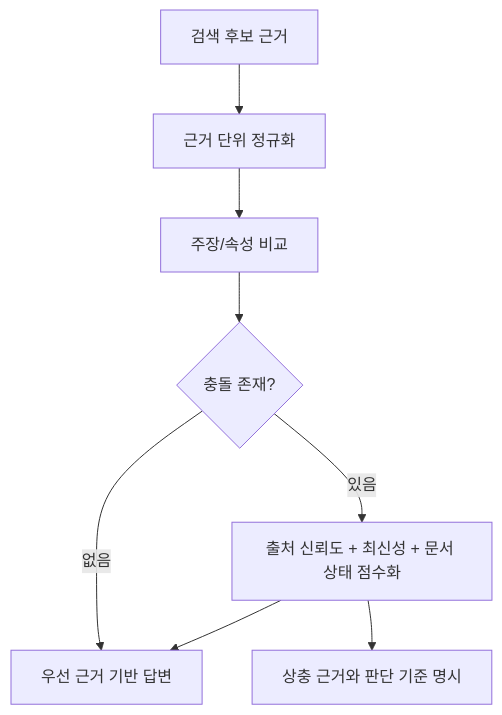
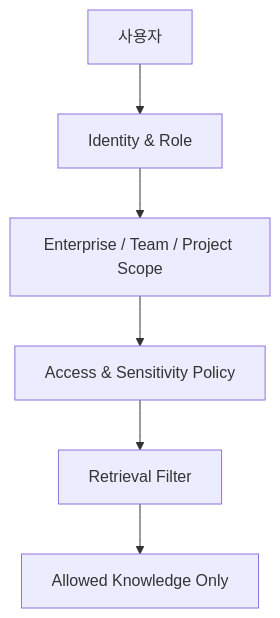
The seventh of 9 diagrams in SPRAG_USE_CASE_DETAILS.md (bshsqa/Archi-Team-ChatAssist), drawn with Mermaid before and after one commit. The commit also changed other lines of this file and 6 other files, not shown here.

````diff
--- a/SPRAG_USE_CASE_DETAILS.md
+++ b/SPRAG_USE_CASE_DETAILS.md
@@ -303,18 +321,15 @@
 ```mermaid
 flowchart TD
-    Candidates[검색 후보 근거]
-    Normalize[근거 단위 정규화]
-    Compare[주장/속성 비교]
-    Conflict{충돌 존재?}
-    Score[출처 신뢰도 + 최신성 + 문서 상태 점수화]
-    Answer[우선 근거 기반 답변]
-    Explain[상충 근거와 판단 기준 명시]
+    User[사용자]
+    Identity[Identity & Role]
+    Scope[Enterprise / Team / Project Scope]
+    Policy[Access & Sensitivity Policy]
+    Filter[Retrieval Filter]
+    Result[Allowed Knowledge Only]
 
-    Candidates --> Normalize
-    Normalize --> Compare
-    Compare --> Conflict
-    Conflict -->|없음| Answer
-    Conflict -->|있음| Score
-    Score --> Answer
-    Score --> Explain
+    User --> Identity
+    Identity --> Scope
+    Scope --> Policy
+    Policy --> Filter
+    Filter --> Result
 ```
````
